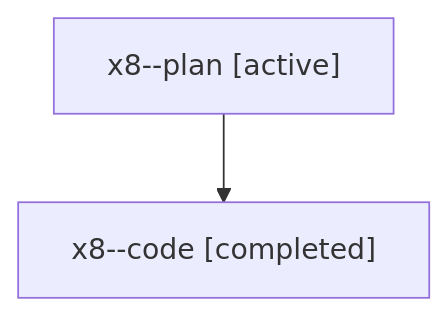
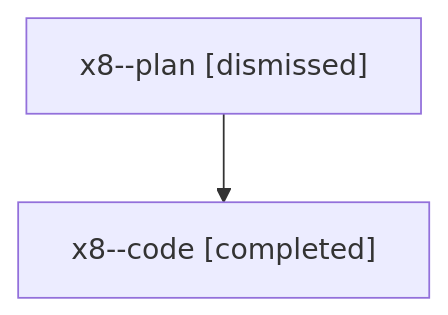
Before and after one commit to sase-org/sase--agents: the diagram in sessions/bbugyi200.athena.x8.md, drawn with Mermaid. The commit also changed other lines of this file and 22 other files, not shown here.

````diff
--- a/sessions/bbugyi200.athena.x8.md
+++ b/sessions/bbugyi200.athena.x8.md
@@ -9,6 +9,6 @@
 ```mermaid
 flowchart TD
-  n0["x8--plan [active]"]
+  n0["x8--plan [dismissed]"]
   n1["x8--code [completed]"]
   n0 --> n1
 ```
````
